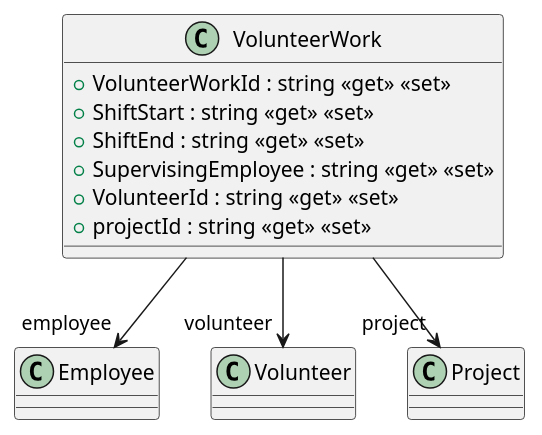
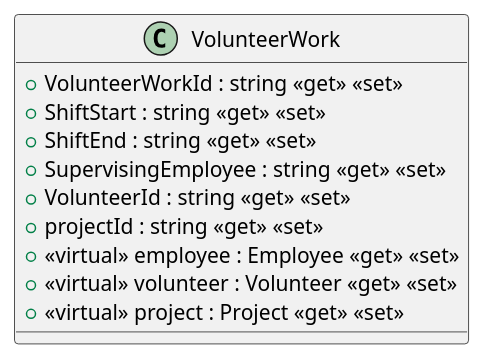
Before and after one commit to timothxy/ICT2106_P3_Project: the diagram in YouthActionDotNet/UML/Models/VolunteerWork.puml, drawn with PlantUML. The commit also changed 23 other files, not shown here.

```diff
--- a/YouthActionDotNet/UML/Models/VolunteerWork.puml
+++ b/YouthActionDotNet/UML/Models/VolunteerWork.puml
@@ -1,13 +1,13 @@
 @startuml
 class VolunteerWork {
     + VolunteerWorkId : string <<get>> <<set>>
     + ShiftStart : string <<get>> <<set>>
     + ShiftEnd : string <<get>> <<set>>
     + SupervisingEmployee : string <<get>> <<set>>
     + VolunteerId : string <<get>> <<set>>
     + projectId : string <<get>> <<set>>
+    + <<virtual>> employee : Employee <<get>> <<set>>
+    + <<virtual>> volunteer : Volunteer <<get>> <<set>>
+    + <<virtual>> project : Project <<get>> <<set>>
 }
-VolunteerWork --> "employee" Employee
-VolunteerWork --> "volunteer" Volunteer
-VolunteerWork --> "project" Project
 @enduml
```
